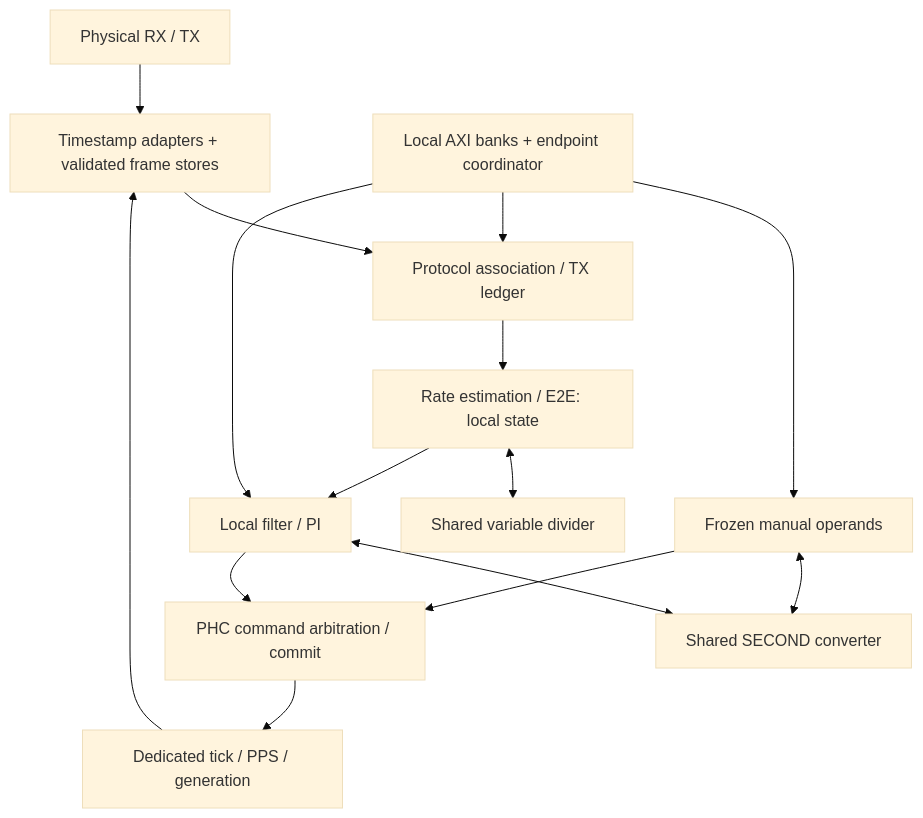
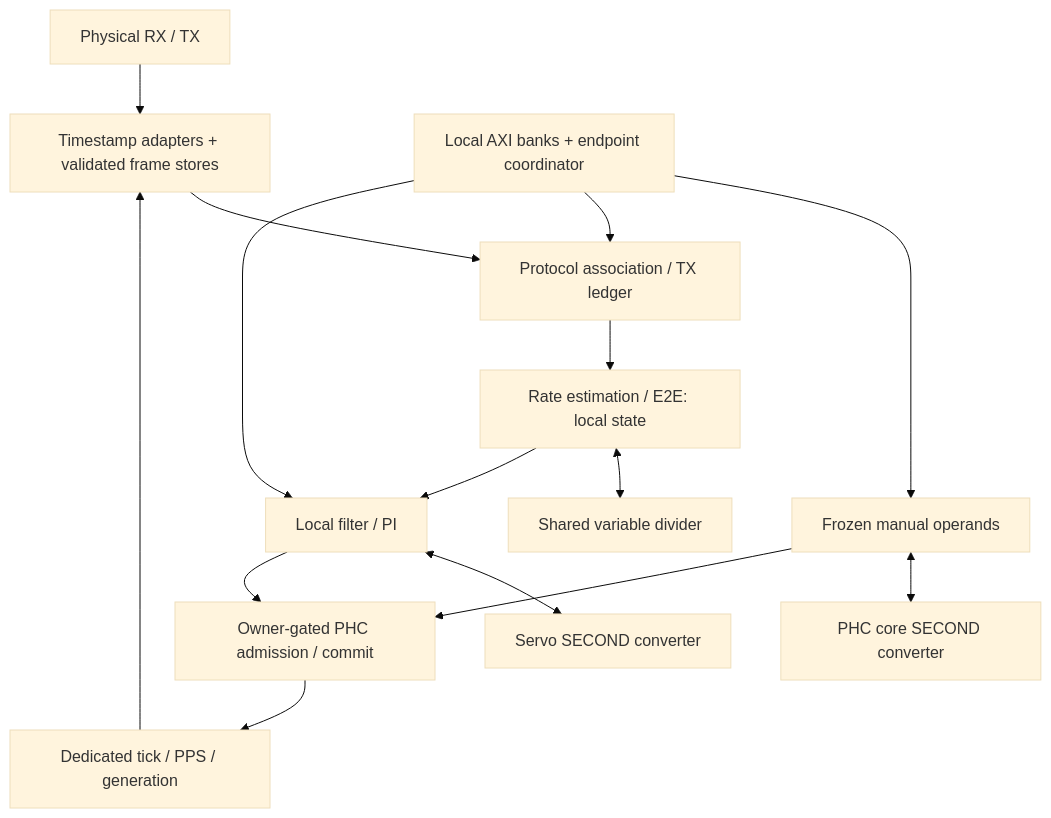
Before and after one commit to slaclab/surf: the diagram in ethernet/PtpCore/architecture.md, drawn with Mermaid (base theme). The commit also changed other lines of this file and 34 other files, not shown here.

````diff
--- a/ethernet/PtpCore/architecture.md
+++ b/ethernet/PtpCore/architecture.md
@@ -157,17 +159,17 @@
 ```mermaid
 flowchart TD
     Wire["Physical RX / TX"] --> Capture["Timestamp adapters + validated frame stores"]
     Capture --> Protocol["Protocol association / TX ledger"]
     Protocol --> Measurement["Rate estimation / E2E: local state"]
     Measurement <--> Divide["Shared variable divider"]
     Measurement --> Servo["Local filter / PI"]
-    Servo <--> Second["Shared SECOND converter"]
-    Manual["Frozen manual operands"] <--> Second
-    Servo --> PHC["PHC command arbitration / commit"]
+    Servo <--> Second["Servo SECOND converter"]
+    Manual["Frozen manual operands"] <--> PhcSecond["PHC core SECOND converter"]
+    Servo --> PHC["Owner-gated PHC admission / commit"]
     Manual --> PHC
     PHC --> Tick["Dedicated tick / PPS / generation"]
     Tick --> Capture
     AXI["Local AXI banks + endpoint coordinator"] --> Manual
     AXI --> Protocol
     AXI --> Servo
 ```
````
